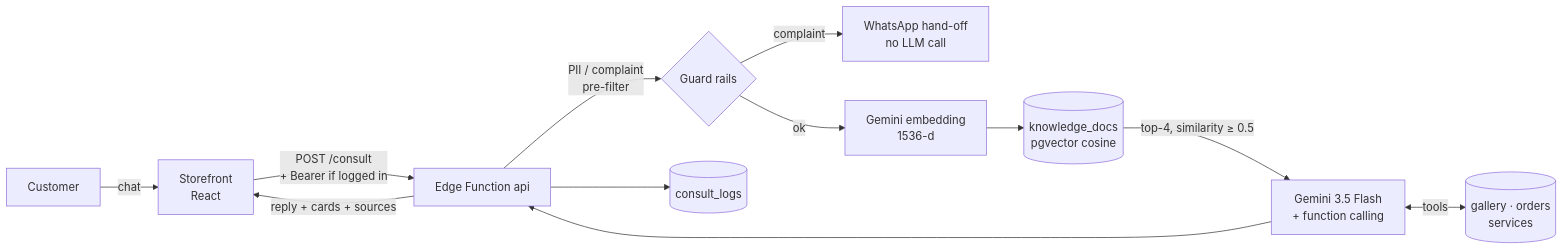
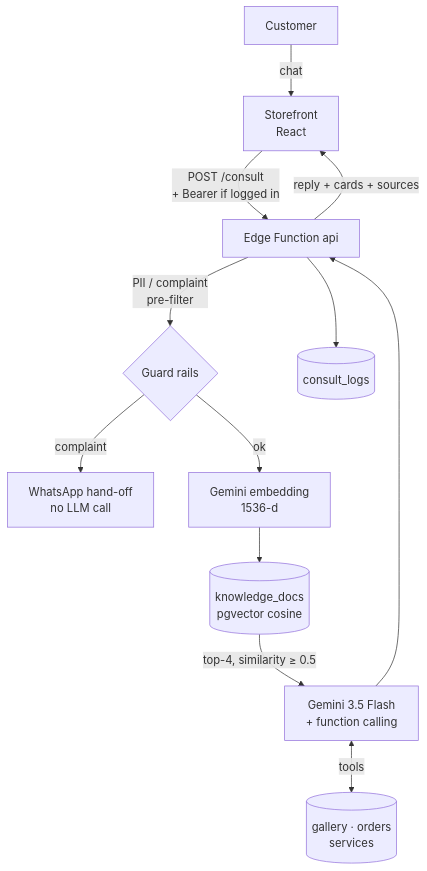
The diagram in README.md (Bajoel32/bajoel32), drawn with Mermaid before and after one commit.

Commit message:
docs(readme): top-down assistant diagram

````diff
--- a/README.md
+++ b/README.md
@@ -76,14 +76,14 @@
 ```mermaid
-flowchart LR
+flowchart TD
     U[Customer] -->|chat| FE[Storefront<br/>React]
     FE -->|POST /consult<br/>+ Bearer if logged in| API[Edge Function api]
     API -->|PII / complaint<br/>pre-filter| G{Guard rails}
     G -->|complaint| WA[WhatsApp hand-off<br/>no LLM call]
     G -->|ok| EMB[Gemini embedding<br/>1536-d]
     EMB --> KB[(knowledge_docs<br/>pgvector cosine)]
     KB -->|top-4, similarity ≥ 0.5| LLM[Gemini 3.5 Flash<br/>+ function calling]
     LLM <-->|tools| DB[(gallery · orders<br/>services)]
     LLM --> API
     API -->|reply + cards + sources| FE
     API --> LOG[(consult_logs)]
 ```
````
